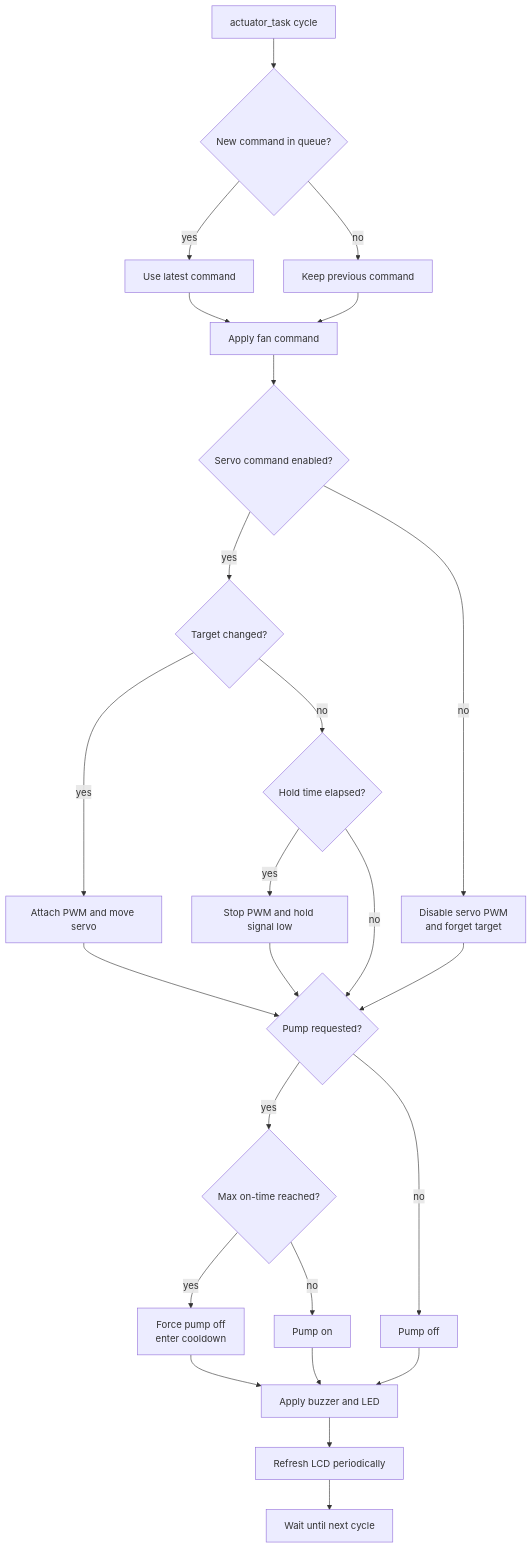
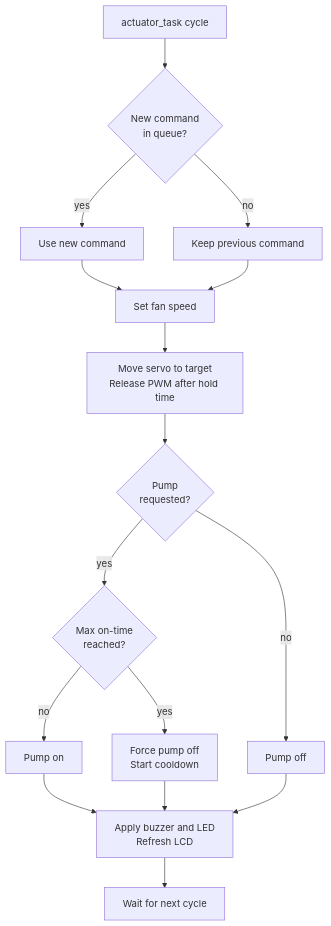
Before and after one commit to EmbeddedNik/embedded_markdowns: the diagram in docs/diagrams/actuator_safety_flow.mmd, drawn with Mermaid. The commit also changed 28 other files, not shown here.

Commit message:
change in diagrams

```diff
--- a/docs/diagrams/actuator_safety_flow.mmd
+++ b/docs/diagrams/actuator_safety_flow.mmd
@@ -1,28 +1,19 @@
 flowchart TD
-    A["actuator_task cycle"] --> Q{"New command in queue?"}
-    Q -- yes --> C["Use latest command"]
-    Q -- no --> K["Keep previous command"]
+    START["actuator_task cycle"] --> CMD{"New command<br/>in queue?"}
+    CMD -- yes --> APPLY["Use new command"]
+    CMD -- no --> KEEP["Keep previous command"]
 
-    C --> FAN
-    K --> FAN
-    FAN["Apply fan command"] --> SERVO{"Servo command enabled?"}
-    SERVO -- yes --> ST{"Target changed?"}
-    ST -- yes --> SPWM["Attach PWM and move servo"]
-    ST -- no --> SH{"Hold time elapsed?"}
-    SH -- yes --> SD["Stop PWM and hold signal low"]
-    SH -- no --> PUMP
-    SPWM --> PUMP
-    SD --> PUMP
-    SERVO -- no --> SSAFE["Disable servo PWM<br/>and forget target"]
-    SSAFE --> PUMP
+    APPLY --> FAN["Set fan speed"]
+    KEEP --> FAN
+    FAN --> SERVO["Move servo to target<br/>Release PWM after hold time"]
 
-    PUMP{"Pump requested?"} -- yes --> PLIM{"Max on-time reached?"}
-    PLIM -- yes --> POFF["Force pump off<br/>enter cooldown"]
-    PLIM -- no --> PON["Pump on"]
+    SERVO --> PUMP{"Pump<br/>requested?"}
+    PUMP -- yes --> LIMIT{"Max on-time<br/>reached?"}
+    LIMIT -- no --> PON["Pump on"]
+    LIMIT -- yes --> POFF["Force pump off<br/>Start cooldown"]
     PUMP -- no --> POFF2["Pump off"]
-    POFF --> BUZ
-    PON --> BUZ
-    POFF2 --> BUZ
 
-    BUZ["Apply buzzer and LED"] --> LCD["Refresh LCD periodically"]
-    LCD --> END["Wait until next cycle"]
+    PON --> OUT["Apply buzzer and LED<br/>Refresh LCD"]
+    POFF --> OUT
+    POFF2 --> OUT
+    OUT --> END["Wait for next cycle"]
```
